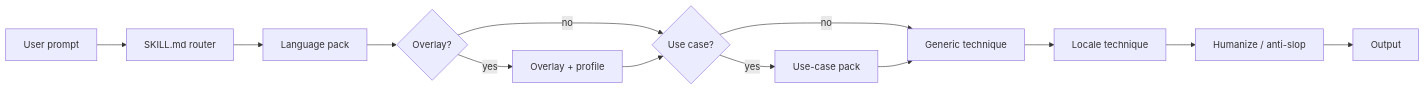
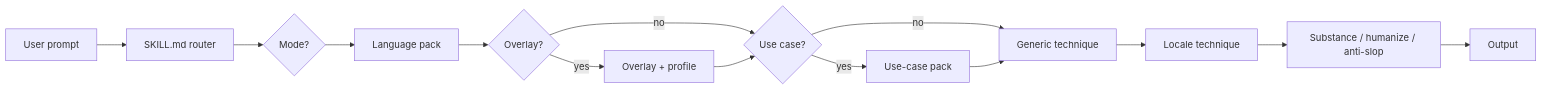
Before and after one commit to pahlevikun/polyglot-copywriter: the first of 2 diagrams in README.md, drawn with Mermaid. The commit also changed other lines of this file and 1 other file, not shown here.

````diff
--- a/README.md
+++ b/README.md
@@ -113,15 +141,16 @@
 ```mermaid
 flowchart LR
     prompt["User prompt"] --> router["SKILL.md router"]
-    router --> langPack["Language pack"]
+    router --> modeQ{"Mode?"}
+    modeQ --> langPack["Language pack"]
     langPack --> overlayQ{"Overlay?"}
     overlayQ -->|yes| overlayPack["Overlay + profile"]
     overlayQ -->|no| usecaseQ{"Use case?"}
     overlayPack --> usecaseQ
     usecaseQ -->|yes| usecasePack["Use-case pack"]
     usecaseQ -->|no| genericTech["Generic technique"]
     usecasePack --> genericTech
     genericTech --> localeTech["Locale technique"]
-    localeTech --> pipeline["Humanize / anti-slop"]
+    localeTech --> pipeline["Substance / humanize / anti-slop"]
     pipeline --> output["Output"]
 ```
````
